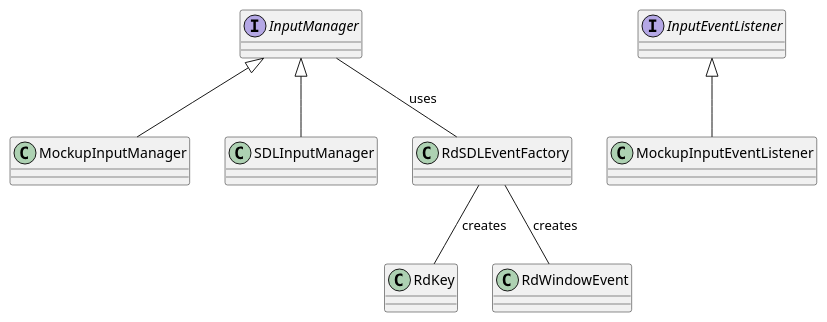
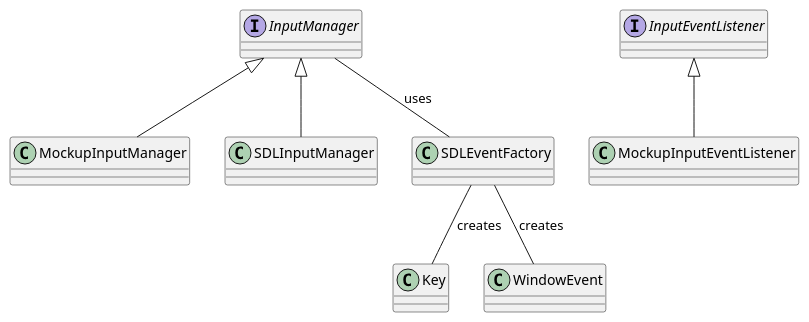
One commit to asrob-uc3m/robotDevastation-developer-manual changed the diagram in en/input-management.md. Above: the diagram before and after it, drawn with PlantUML. The commit also changed other lines of this file and 9 other files, not shown here.

```diff
--- a/en/input-management.md
+++ b/en/input-management.md
@@ -11,27 +11,27 @@
 {% plantuml %}
 
 interface InputManager 
  
 Class MockupInputManager
  
 InputManager <|-- MockupInputManager
  
 InputManager <|-- SDLInputManager 
 
 interface InputEventListener
   
 class MockupInputEventListener
  
 InputEventListener <|-- MockupInputEventListener
 
-class RdKey
+class Key
 
-class RdWindowEvent
+class WindowEvent
 
-class RdSDLEventFactory
+class SDLEventFactory
 
-RdSDLEventFactory  -- RdKey : creates
-RdSDLEventFactory -- RdWindowEvent : creates
-InputManager -- RdSDLEventFactory : uses
+SDLEventFactory  -- Key : creates
+SDLEventFactory -- WindowEvent : creates
+InputManager -- SDLEventFactory : uses
 
 {% endplantuml %}
```
